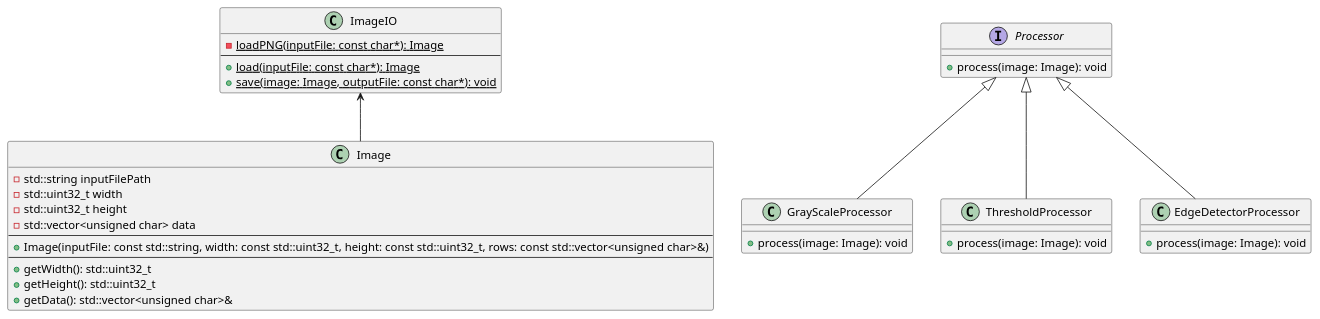
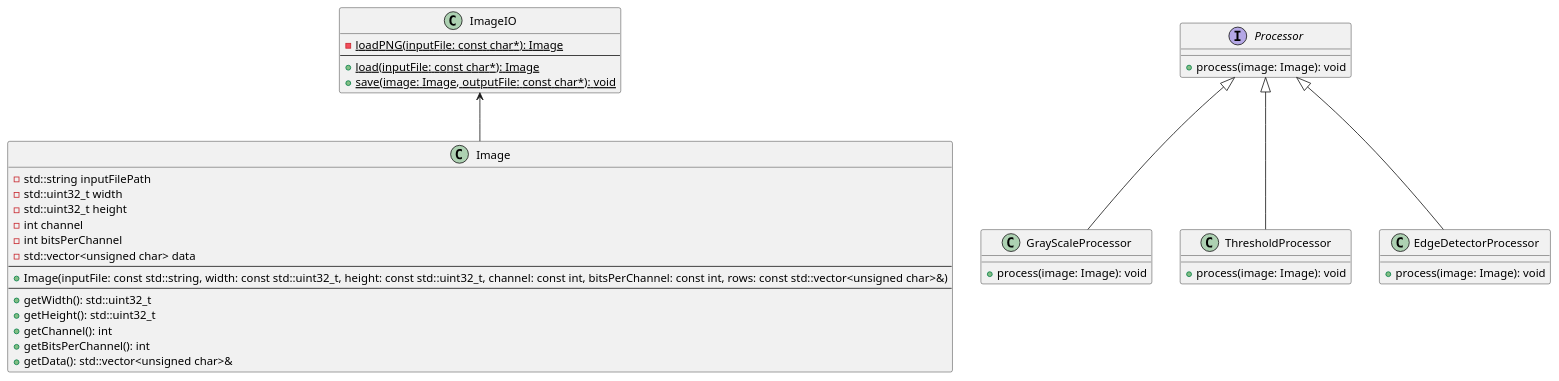
The diagram in docs/diagram/class.puml (picardthibault/edge-detector), drawn with PlantUML before and after one commit. The commit also changed 2 other files, not shown here.

Commit message:
feat: save image channel and channel length in image object

```diff
--- a/docs/diagram/class.puml
+++ b/docs/diagram/class.puml
@@ -1,42 +1,46 @@
 @startuml UMLClassDiagram
 class Image {
     -std::string inputFilePath
     -std::uint32_t width
     -std::uint32_t height
+    -int channel
+    -int bitsPerChannel
     -std::vector<unsigned char> data
     --
-    +Image(inputFile: const std::string, width: const std::uint32_t, height: const std::uint32_t, rows: const std::vector<unsigned char>&)
+    +Image(inputFile: const std::string, width: const std::uint32_t, height: const std::uint32_t, channel: const int, bitsPerChannel: const int, rows: const std::vector<unsigned char>&)
     --
     +getWidth(): std::uint32_t 
     +getHeight(): std::uint32_t
+    +getChannel(): int
+    +getBitsPerChannel(): int
     +getData(): std::vector<unsigned char>&
 }
 
 class ImageIO {
     {static} -loadPNG(inputFile: const char*): Image
     --
     {static} +load(inputFile: const char*): Image
     {static} +save(image: Image, outputFile: const char*): void
 }
 
 interface Processor {
     + process(image: Image): void
 }
 
 class GrayScaleProcessor {
     + process(image: Image): void
 }
 
 class ThresholdProcessor {
     + process(image: Image): void
 }
 
 class EdgeDetectorProcessor {
     + process(image: Image): void
 }
 
 Processor <|-- ThresholdProcessor
 Processor <|-- EdgeDetectorProcessor
 Processor <|-- GrayScaleProcessor
 ImageIO <-- Image
 @enduml
```
